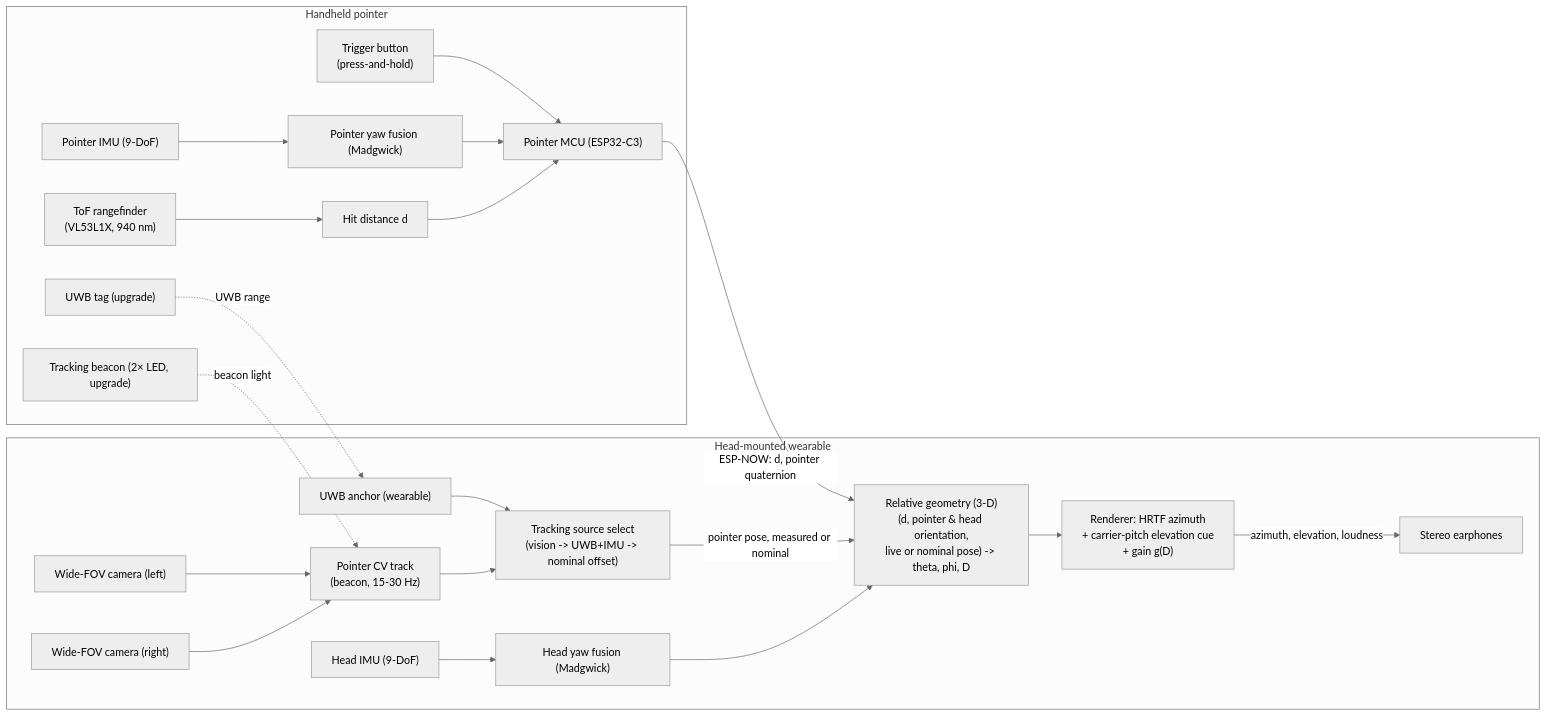
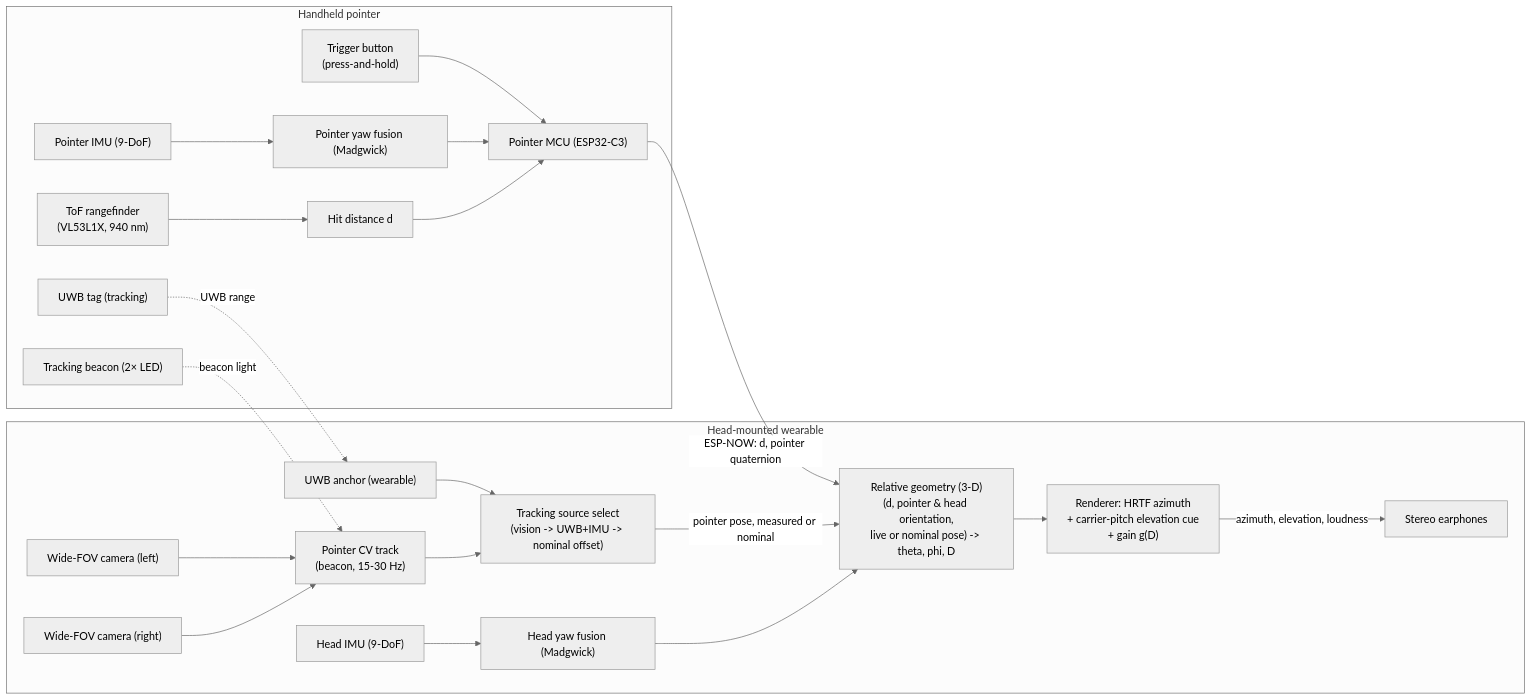
Before and after one commit to pewpil/auris: the diagram in README.md, drawn with Mermaid (neutral theme). The commit also changed other lines of this file and 4 other files, not shown here.

Commit message:
architecture unfrozen

````diff
--- a/README.md
+++ b/README.md
@@ -57,26 +57,26 @@
 ```mermaid
 flowchart LR
     subgraph pointer["Handheld pointer"]
         pimu["Pointer IMU (9-DoF)"] --> pfus["Pointer yaw fusion (Madgwick)"]
         tof["ToF rangefinder<br/>(VL53L1X, 940 nm)"] --> dist["Hit distance d"]
         btn["Trigger button<br/>(press-and-hold)"] --> mcu1["Pointer MCU (ESP32-C3)"]
-        uwbt["UWB tag (upgrade)"]
-        beacon["Tracking beacon (2× LED, upgrade)"]
+        uwbt["UWB tag (tracking)"]
+        beacon["Tracking beacon (2× LED)"]
         pfus --> mcu1
         dist --> mcu1
     end
     subgraph wearable["Head-mounted wearable"]
         himu["Head IMU (9-DoF)"] --> hfus["Head yaw fusion (Madgwick)"]
         camL["Wide-FOV camera (left)"] -->         cv["Pointer CV track<br/>(beacon, 15-30 Hz)"]
         camR["Wide-FOV camera (right)"] --> cv
         uwbw["UWB anchor (wearable)"] --> src["Tracking source select<br/>(vision -> UWB+IMU -> nominal offset)"]
         cv --> src
         mcu1 -- "ESP-NOW: d, pointer quaternion" --> geo["Relative geometry (3-D)<br/>(d, pointer & head orientation,<br/>live or nominal pose) -> theta, phi, D"]
         src -- "pointer pose, measured or nominal" --> geo
         hfus --> geo
         geo --> ren["Renderer: HRTF azimuth<br/>+ carrier-pitch elevation cue<br/>+ gain g(D)"]
         ren -- "azimuth, elevation, loudness" --> spk["Stereo earphones"]
         uwbt -. "UWB range" .-> uwbw
         beacon -. "beacon light" .-> cv
     end
 ```
````
